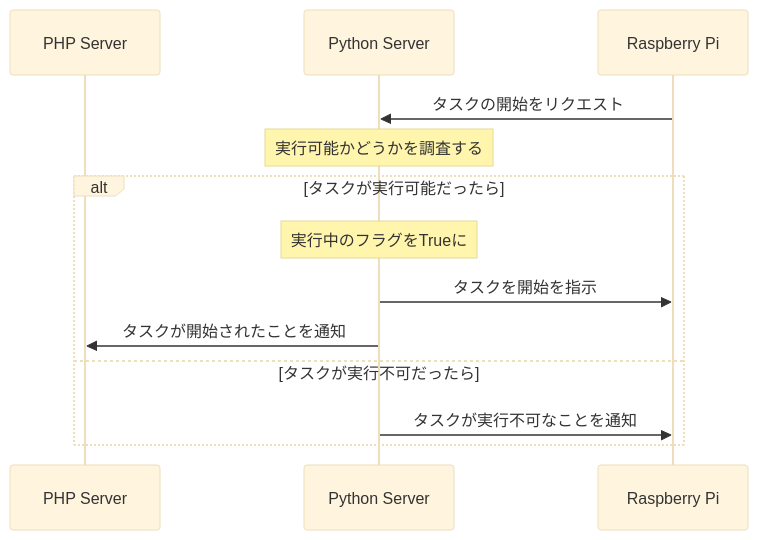
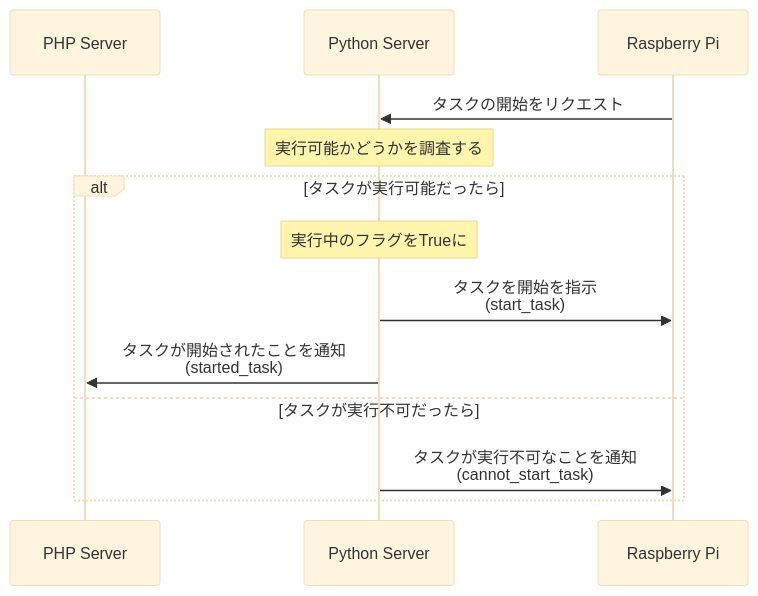
The second of 5 diagrams in sequence.md (litech-team/li-learn-timer-docs), drawn with Mermaid (base theme) before and after one commit. The commit also changed other lines of this file, not shown here.

````diff
--- a/sequence.md
+++ b/sequence.md
@@ -25,16 +25,16 @@
 ```mermaid
 sequenceDiagram
     participant server as PHP Server
     participant python as Python Server
     participant client as Raspberry Pi
 
     client ->> python: タスクの開始をリクエスト
     Note over python: 実行可能かどうかを調査する
     alt タスクが実行可能だったら
         Note over python: 実行中のフラグをTrueに
-        python ->> client: タスクを開始を指示
-        python ->> server: タスクが開始されたことを通知
+        python ->> client: タスクを開始を指示<br>(start_task)
+        python ->> server: タスクが開始されたことを通知<br>(started_task)
     else タスクが実行不可だったら
-        python ->> client: タスクが実行不可なことを通知
+        python ->> client: タスクが実行不可なことを通知<br>(cannot_start_task)
     end
 ```
````
